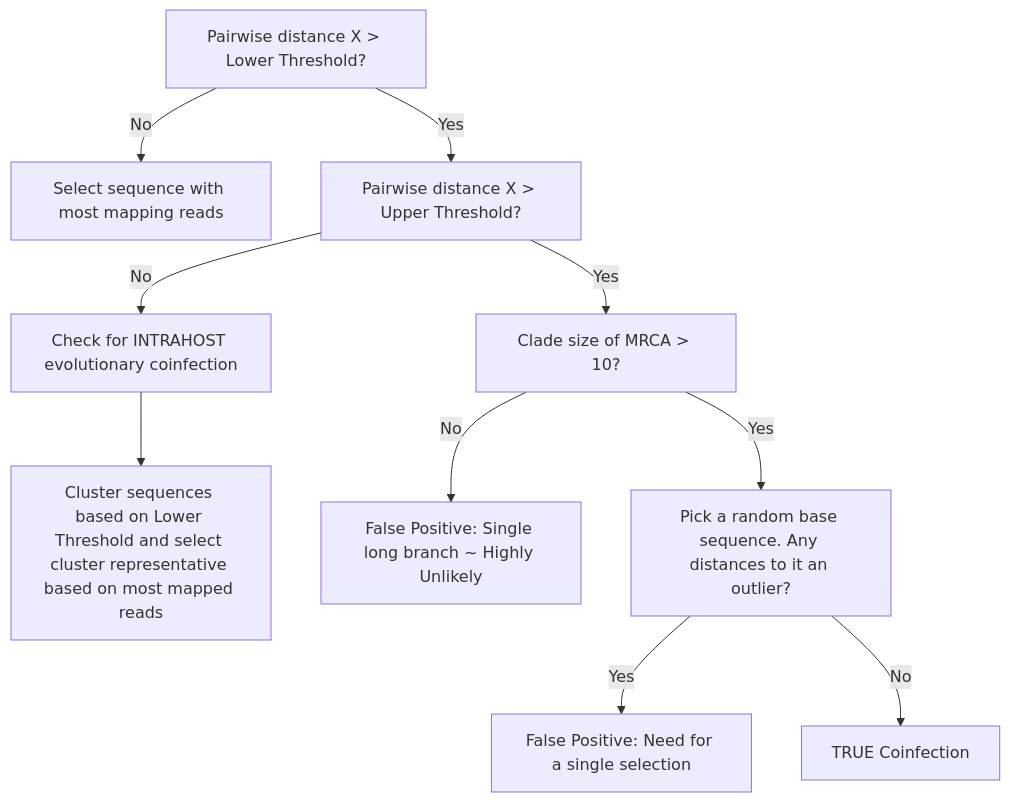
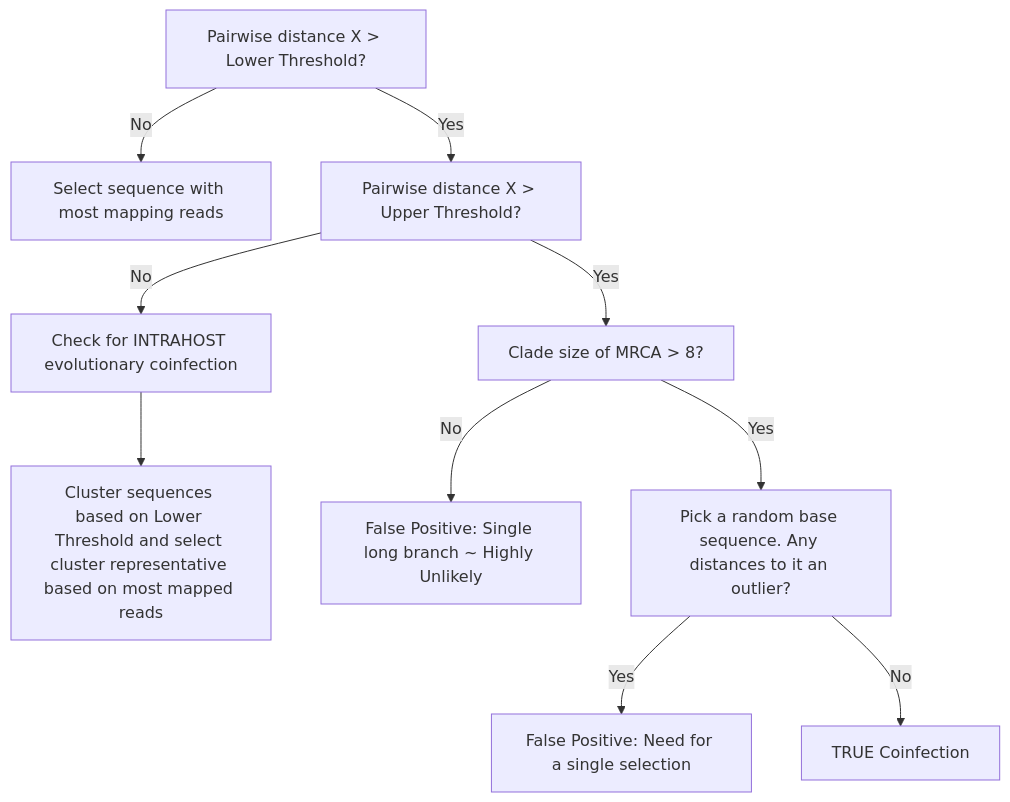
The diagram in README.md (Joon-Klaps/lasvdedup), drawn with Mermaid before and after one commit. The commit also changed other lines of this file and 5 other files, not shown here.

````diff
--- a/README.md
+++ b/README.md
@@ -13,15 +13,15 @@
 ```mermaid
 graph TD;
     A[Pairwise distance X > Lower Threshold?] -->|No| B[Select sequence with most mapping reads]
     A -->|Yes| C[Pairwise distance X > Upper Threshold?]
 
     C -->|No| D[Check for INTRAHOST evolutionary coinfection]
     D --> J[Cluster sequences based on Lower Threshold and select cluster representative based on most mapped reads]
-    C -->|Yes| E[Clade size of MRCA > 10?]
+    C -->|Yes| E[Clade size of MRCA > 8?]
 
     E -->|No| F[False Positive: Single long branch ~ Highly Unlikely]
     E -->|Yes| G[Pick a random base sequence. Any distances to it an outlier?]
 
     G -->|Yes| H[False Positive: Need for a single selection]
     G -->|No| I[TRUE Coinfection]
 ```
````
